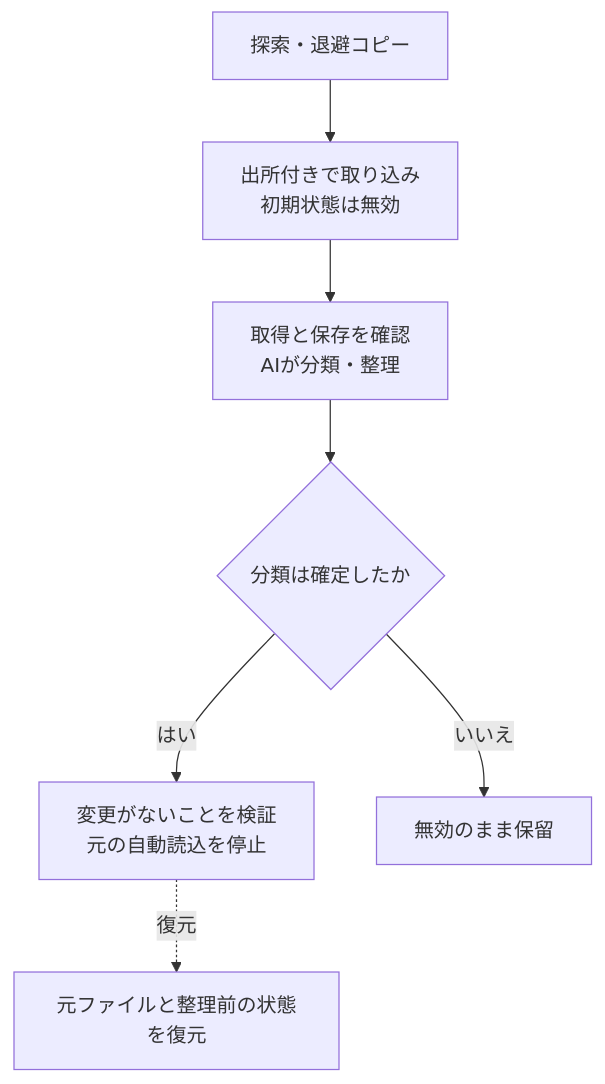
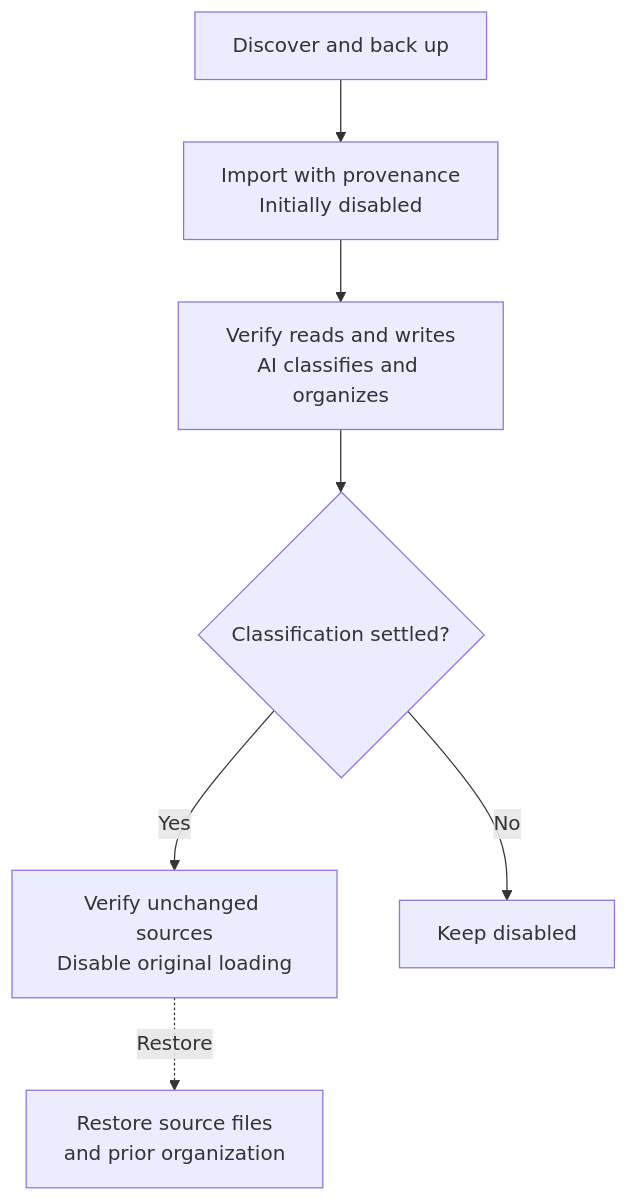
Before and after one commit to Memoria-ll/agent-asset-control-layer: the third of 8 diagrams in README.md, drawn with Mermaid. The commit also changed other lines of this file and 1 other file, not shown here.

````diff
--- a/README.md
+++ b/README.md
@@ -91,9 +93,9 @@
 ```mermaid
 flowchart TD
-    Backup["探索・退避コピー"] --> Import["出所付きで取り込み<br/>初期状態は無効"]
-    Import --> Organize["取得と保存を確認<br/>AIが分類・整理"]
-    Organize --> Check{"分類は確定したか"}
-    Check -->|"はい"| Cutover["変更がないことを検証<br/>元の自動読込を停止"]
-    Check -->|"いいえ"| Hold["無効のまま保留"]
-    Cutover -. "復元" .-> Restore["元ファイルと整理前の状態を復元"]
+    Backup["Discover and back up"] --> Import["Import with provenance<br/>Initially disabled"]
+    Import --> Organize["Verify reads and writes<br/>AI classifies and organizes"]
+    Organize --> Check{"Classification settled?"}
+    Check -->|"Yes"| Cutover["Verify unchanged sources<br/>Disable original loading"]
+    Check -->|"No"| Hold["Keep disabled"]
+    Cutover -. "Restore" .-> Restore["Restore source files<br/>and prior organization"]
 ```
````
